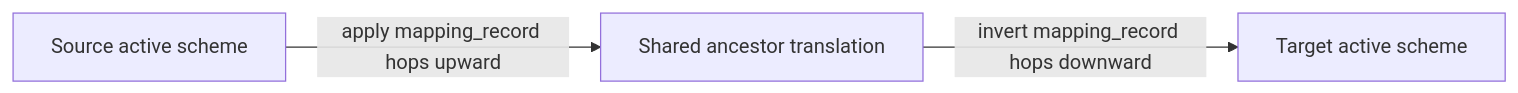
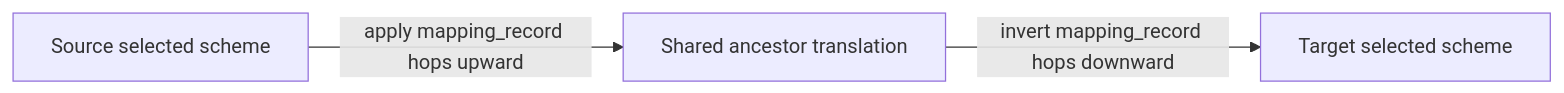
The first of 2 diagrams in .spec/frvt-3-resolver-1.md (genesis-ai-dev/versification-tool), drawn with Mermaid before and after one commit. The commit also changed other lines of this file and 37 other files, not shown here.

````diff
--- a/.spec/frvt-3-resolver-1.md
+++ b/.spec/frvt-3-resolver-1.md
@@ -40,8 +40,8 @@
 ```mermaid
 flowchart LR
-  src["Source active scheme"]
+  src["Source selected scheme"]
   anc["Shared ancestor translation"]
-  tgt["Target active scheme"]
+  tgt["Target selected scheme"]
   src -->|"apply mapping_record hops upward"| anc
   anc -->|"invert mapping_record hops downward"| tgt
 ```
````
